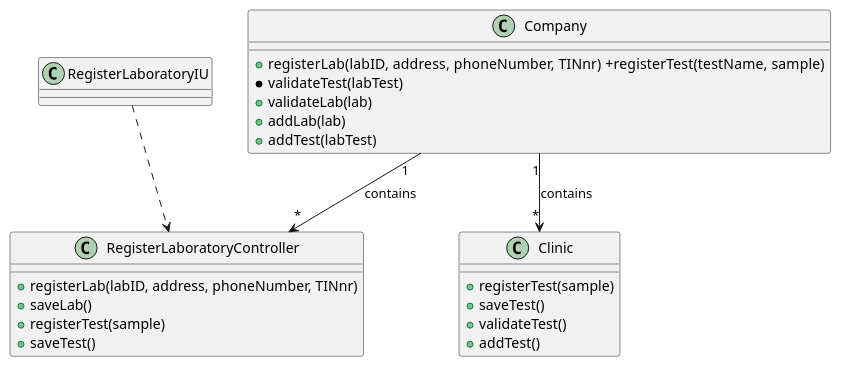
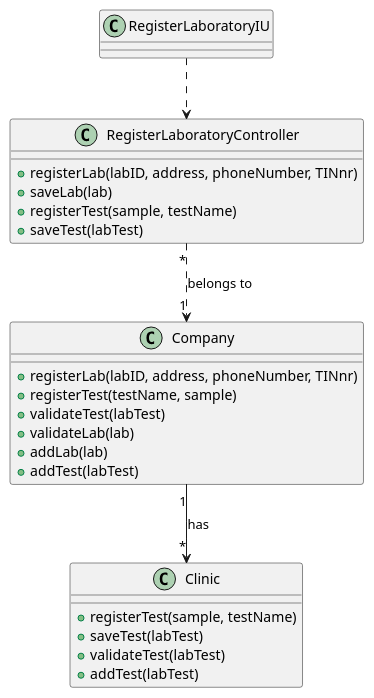
The diagram in docs/SprintC/US8/US8_CD.puml (jsmarques98/LAPR2-ISEP), drawn with PlantUML before and after one commit. The commit also changed 7 other files, not shown here.

```diff
--- a/docs/SprintC/US8/US8_CD.puml
+++ b/docs/SprintC/US8/US8_CD.puml
@@ -1,35 +1,35 @@
 @startuml
 
 skinparam classAtributionIconSize 0
 
 class RegisterLaboratoryIU
 
 class RegisterLaboratoryController {
     +registerLab(labID, address, phoneNumber, TINnr)
-    +saveLab()
-    +registerTest(sample)
-    +saveTest()
+    +saveLab(lab)
+    +registerTest(sample, testName)
+    +saveTest(labTest)
 }
 
 class Clinic {
-    +registerTest(sample)
-    +saveTest()
-    +validateTest()
-    +addTest()
+    +registerTest(sample, testName)
+    +saveTest(labTest)
+    +validateTest(labTest)
+    +addTest(labTest)
   }
 
 class Company {
-    +registerLab(labID, address, phoneNumber, TINnr)\
+    +registerLab(labID, address, phoneNumber, TINnr)
     +registerTest(testName, sample)
-    *validateTest(labTest)
+    +validateTest(labTest)
     +validateLab(lab)
     +addLab(lab)
     +addTest(labTest)
 
 }
 
 RegisterLaboratoryIU ..> RegisterLaboratoryController
-Company "1" --> "*" Clinic : contains
-Company "1" --> "*" RegisterLaboratoryController : contains
+Company "1" --> "*" Clinic : has
+RegisterLaboratoryController "*" ..> "1" Company : belongs to
 
 @enduml
```
